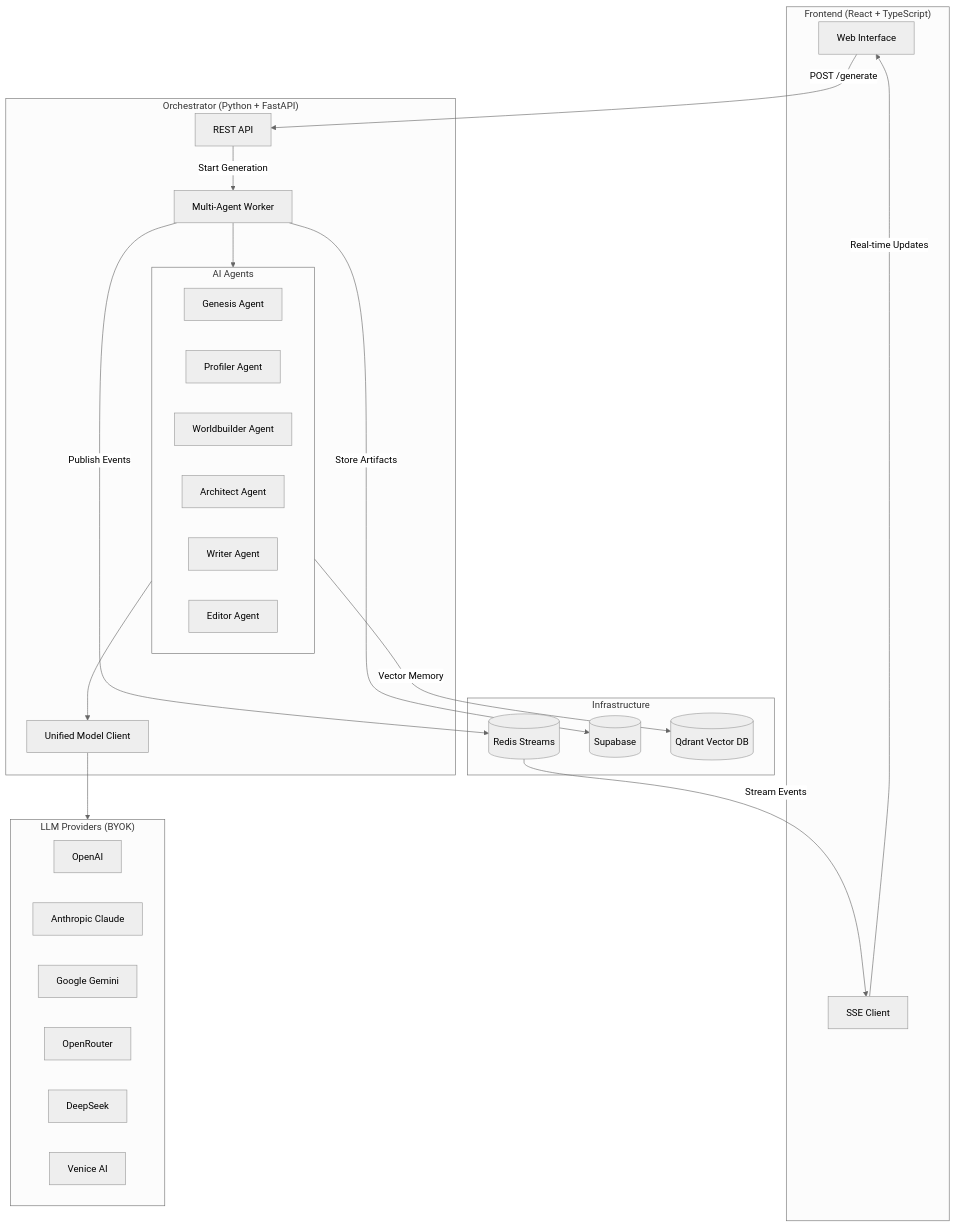
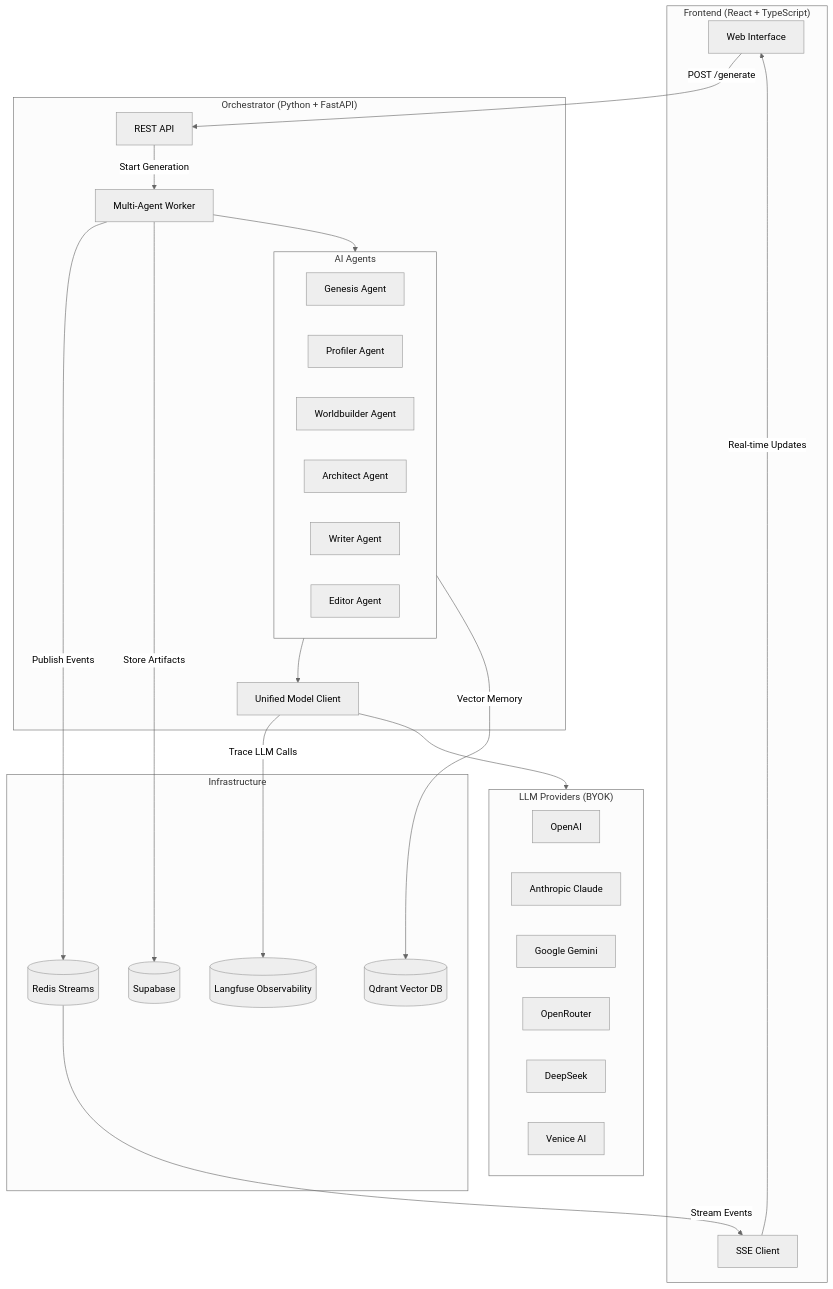
One commit to IShalkin/manoe changed the first of 2 diagrams in README.md. Above: the diagram before and after it, drawn with Mermaid (neutral theme). The commit also changed other lines of this file, not shown here.

First line of the commit message:
docs: Add Langfuse observability documentation to README

````diff
--- a/README.md
+++ b/README.md
@@ -12,51 +12,53 @@
 ```mermaid
 flowchart TB
     subgraph Client["Frontend (React + TypeScript)"]
         UI[Web Interface]
         SSE[SSE Client]
     end
 
     subgraph Orchestrator["Orchestrator (Python + FastAPI)"]
         API[REST API]
         Worker[Multi-Agent Worker]
         
         subgraph Agents["AI Agents"]
             Genesis[Genesis Agent]
             Profiler[Profiler Agent]
             Worldbuilder[Worldbuilder Agent]
             Architect[Architect Agent]
             Writer[Writer Agent]
             Editor[Editor Agent]
         end
         
         ModelClient[Unified Model Client]
     end
 
     subgraph Infrastructure["Infrastructure"]
         Redis[(Redis Streams)]
         Supabase[(Supabase)]
         Qdrant[(Qdrant Vector DB)]
+        Langfuse[(Langfuse Observability)]
     end
 
     subgraph LLMProviders["LLM Providers (BYOK)"]
         OpenAI[OpenAI]
         Anthropic[Anthropic Claude]
         Gemini[Google Gemini]
         OpenRouter[OpenRouter]
         DeepSeek[DeepSeek]
         Venice[Venice AI]
     end
 
     UI -->|POST /generate| API
     API -->|Start Generation| Worker
     Worker --> Agents
     Agents --> ModelClient
     ModelClient --> LLMProviders
     
     Worker -->|Publish Events| Redis
     Redis -->|Stream Events| SSE
     SSE -->|Real-time Updates| UI
     
     Worker -->|Store Artifacts| Supabase
     Agents -->|Vector Memory| Qdrant
+    ModelClient -->|Trace LLM Calls| Langfuse
 ```
````
